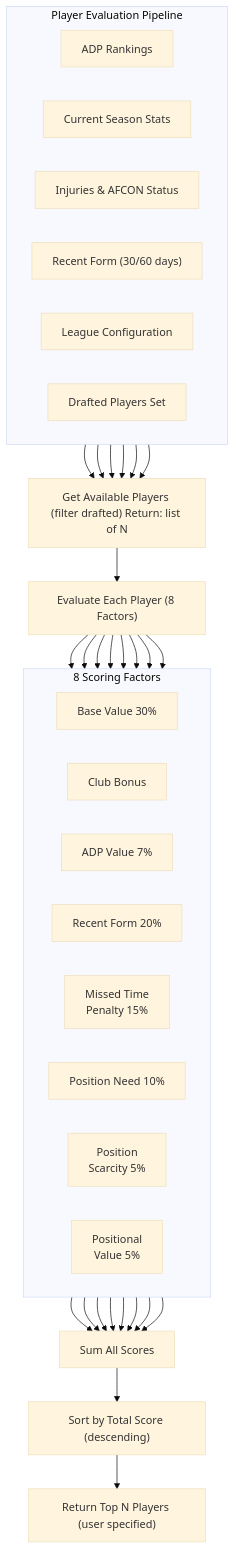
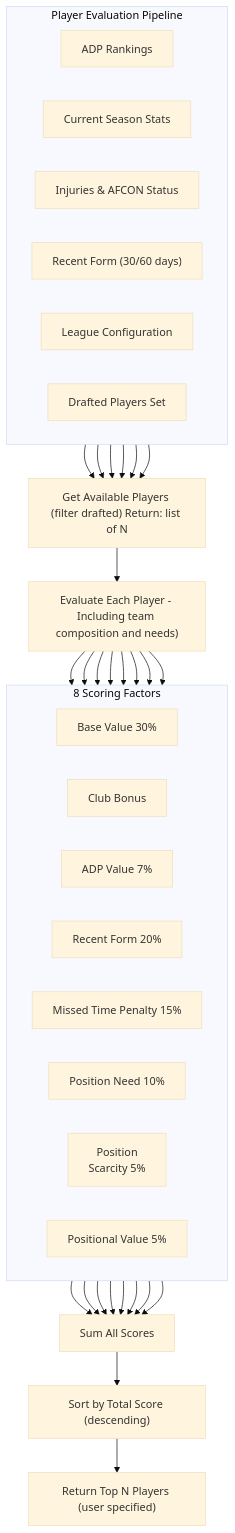
Before and after one commit to soehlert/fantrax_assistant: the diagram in README.md, drawn with Mermaid (base theme).

Commit message:
update readme diagram

````diff
--- a/README.md
+++ b/README.md
@@ -71,59 +71,59 @@
 ```mermaid
 flowchart TB
      %% Input data group
      subgraph INPUT_DATA["Player Evaluation Pipeline"]
           direction LR
           ADP["ADP Rankings"]
           STATS["Current Season Stats"]
           INJ["Injuries & AFCON Status"]
           FORM["Recent Form (30/60 days)"]
           CONFIG["League Configuration"]
           DRAFTED["Drafted Players Set"]
      end
 
      ADP --> GetAvailable
      STATS --> GetAvailable
      INJ --> GetAvailable
      FORM --> GetAvailable
      CONFIG --> GetAvailable
      DRAFTED --> GetAvailable
 
      GetAvailable["Get Available Players (filter drafted) Return: list of N"]
 
-     GetAvailable --> EVAL["Evaluate Each Player (8 Factors)"]
+     GetAvailable --> EVAL["Evaluate Each Player - Including team composition and needs)"]
 
      %% Factors group
      subgraph FACTORS["8 Scoring Factors"]
           direction LR
           Base["Base Value 30%"]
           Club["Club Bonus"]
           ADPVal["ADP Value 7%"]
           FormVal["Recent Form 20%"]
-          InjPen["Missed Time\nPenalty 15%"]
+          InjPen["Missed Time Penalty 15%"]
           Need["Position Need 10%"]
           Scar["Position\nScarcity 5%"]
-          PosVal["Positional\nValue 5%"]
+          PosVal["Positional Value 5%"]
      end
 
      EVAL --> Base
      EVAL --> Club
      EVAL --> ADPVal
      EVAL --> FormVal
      EVAL --> InjPen
      EVAL --> Need
      EVAL --> Scar
      EVAL --> PosVal
 
      Base --> SumScores
      Club --> SumScores
      ADPVal --> SumScores
      FormVal --> SumScores
      InjPen --> SumScores
      Need --> SumScores
      Scar --> SumScores
      PosVal --> SumScores
 
      SumScores["Sum All Scores"]
      SumScores --> Sort["Sort by Total Score (descending)"]
      Sort --> Return["Return Top N Players (user specified)"]
 ```
````
